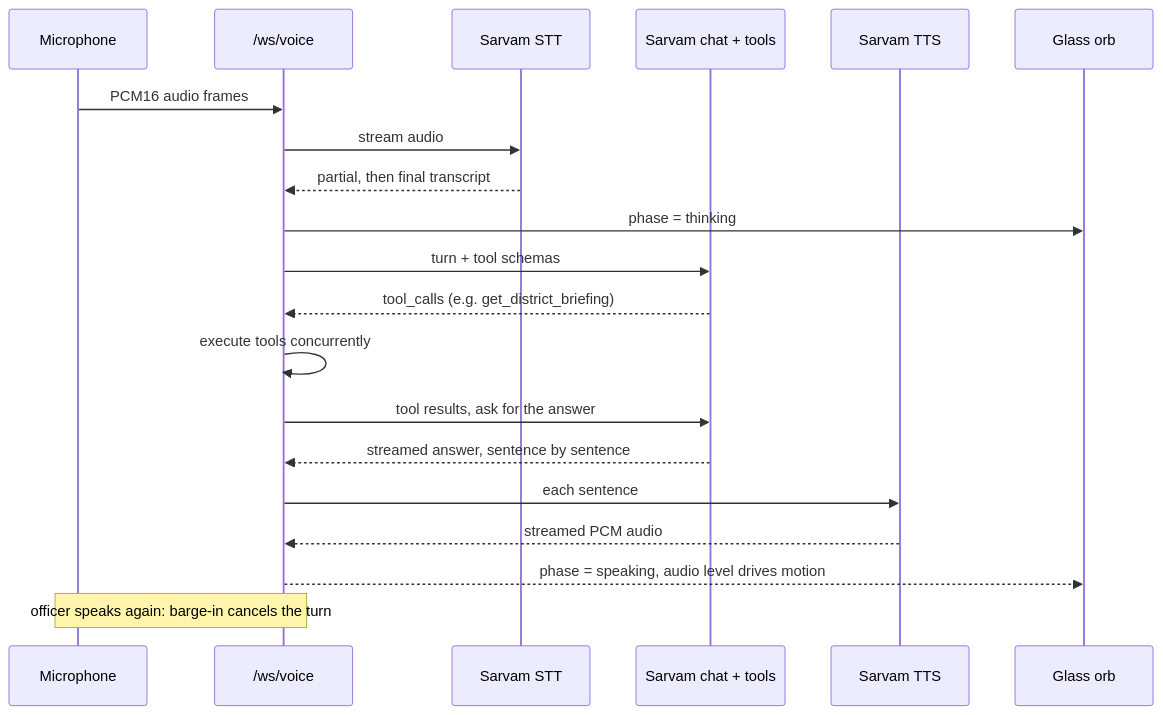
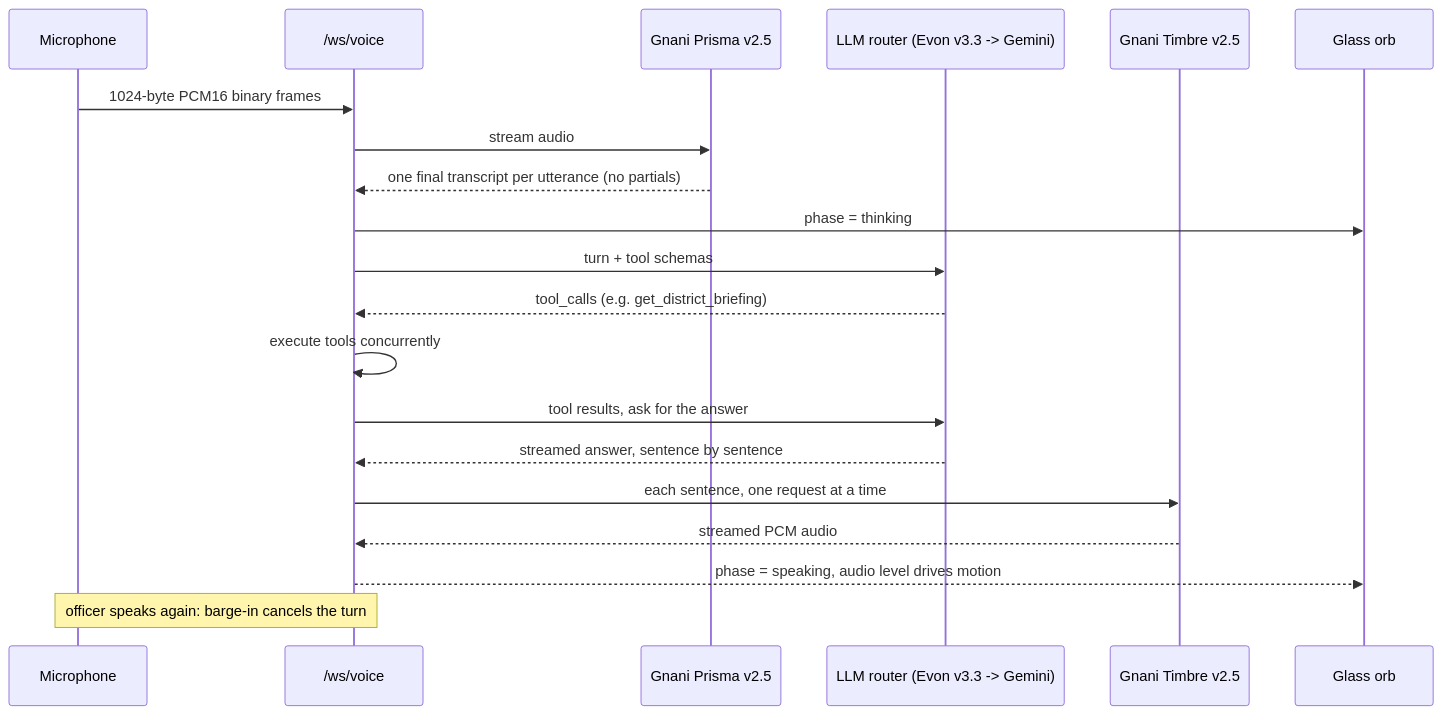
One commit to harshkawatra11/gnani-swasthyagrid changed the fifth of 6 diagrams in README.md. Above: the diagram before and after it, drawn with Mermaid. The commit also changed other lines of this file and 3 other files, not shown here.

````diff
--- a/README.md
+++ b/README.md
@@ -289,23 +479,23 @@
 ```mermaid
 sequenceDiagram
   participant Mic as Microphone
   participant WS as /ws/voice
-  participant STT as Sarvam STT
-  participant LLM as Sarvam chat + tools
-  participant TTS as Sarvam TTS
+  participant STT as Gnani Prisma v2.5
+  participant LLM as LLM router (Evon v3.3 -> Gemini)
+  participant TTS as Gnani Timbre v2.5
   participant Orb as Glass orb
 
-  Mic->>WS: PCM16 audio frames
+  Mic->>WS: 1024-byte PCM16 binary frames
   WS->>STT: stream audio
-  STT-->>WS: partial, then final transcript
+  STT-->>WS: one final transcript per utterance (no partials)
   WS->>Orb: phase = thinking
   WS->>LLM: turn + tool schemas
   LLM-->>WS: tool_calls (e.g. get_district_briefing)
   WS->>WS: execute tools concurrently
   WS->>LLM: tool results, ask for the answer
   LLM-->>WS: streamed answer, sentence by sentence
-  WS->>TTS: each sentence
+  WS->>TTS: each sentence, one request at a time
   TTS-->>WS: streamed PCM audio
   WS-->>Orb: phase = speaking, audio level drives motion
   Note over Mic,WS: officer speaks again: barge-in cancels the turn
 ```
````
